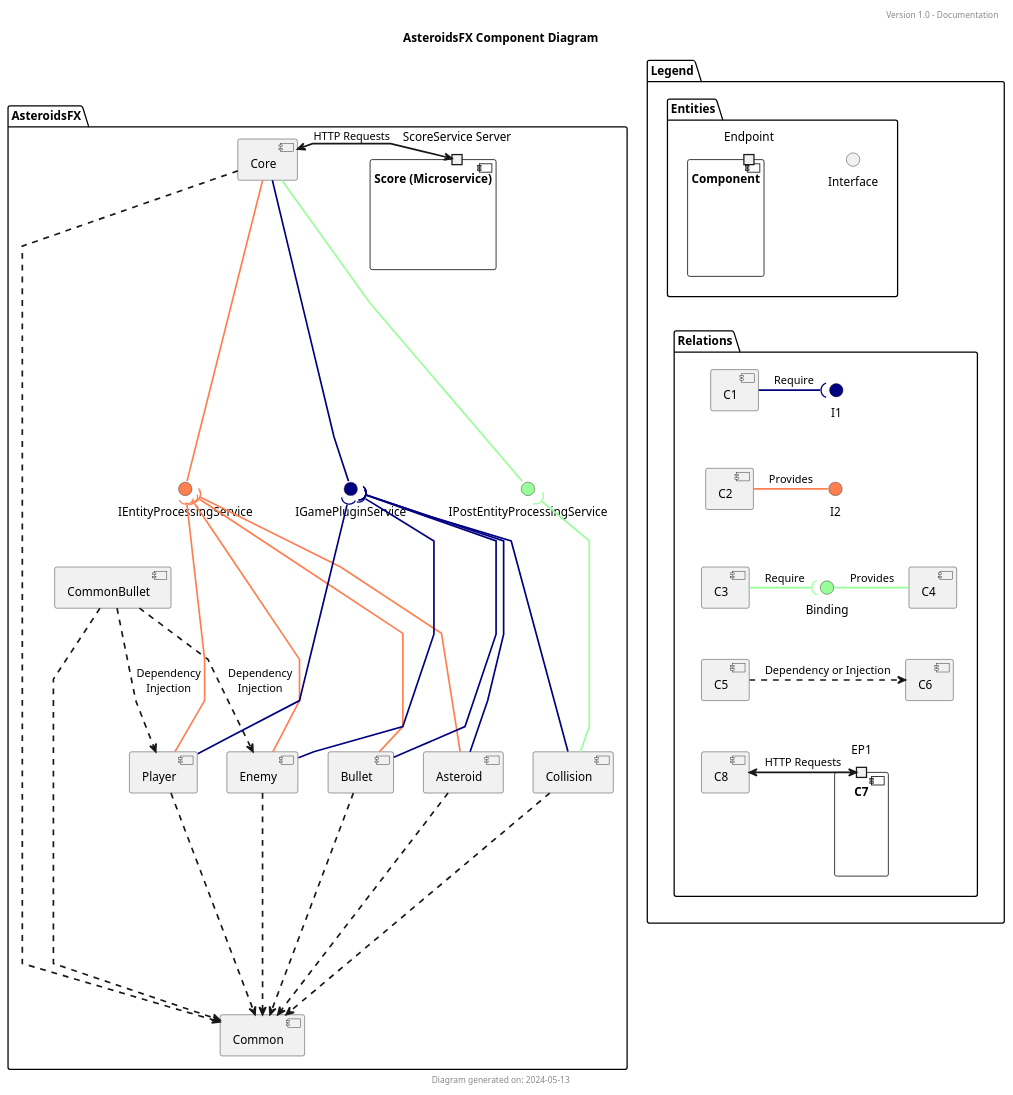
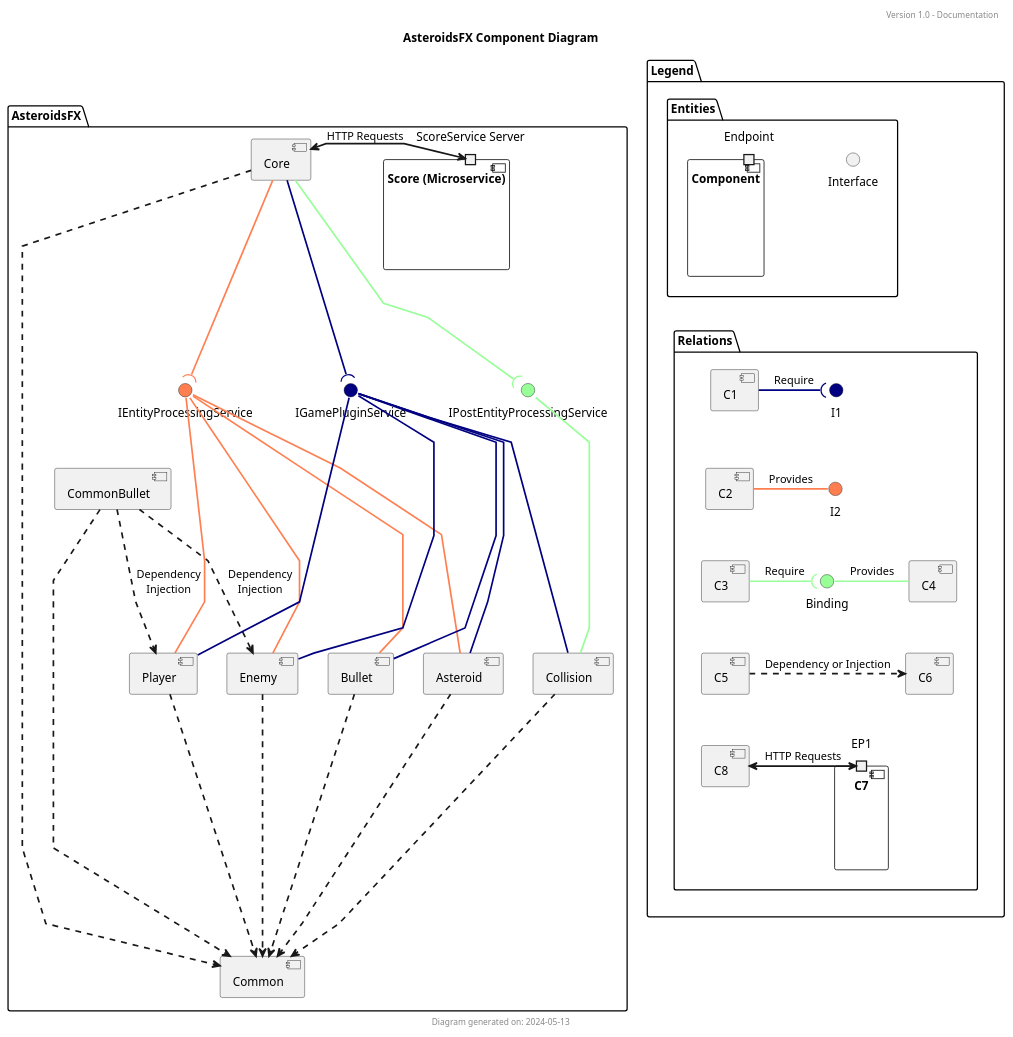
One commit to XBetaHunterX/AsteroidsFX changed the diagram in Diagrams/Component Diagrams/AsteroidsFX Component Diagram.puml. Above: the diagram before and after it, drawn with PlantUML. The commit also changed 1 other file, not shown here.

```diff
--- a/Diagrams/Component Diagrams/AsteroidsFX Component Diagram.puml
+++ b/Diagrams/Component Diagrams/AsteroidsFX Component Diagram.puml
@@ -1,113 +1,113 @@
 @startuml
 title AsteroidsFX Component Diagram
 header Version 1.0 - Documentation
 footer Diagram generated on: 2024-05-13
 
 skinparam linetype polyline
 skinparam arrowthickness 2
 
 package "AsteroidsFX" {
     ' Modules:
     [Core]
 
     [Asteroid]
     [Bullet]
     [Collision]
     [Enemy]
     [Player]
 
     component "Score (Microservice)" {
       portin "ScoreService Server"
     }
 
     [CommonBullet]
     [Common]
 
     ' Interfaces:
     interface IGamePluginService #000080
     interface IEntityProcessingService #FF7F50
     interface IPostEntityProcessingService #98FF98
 
     ' Relations:
-    [Core] --down-- IGamePluginService #000080
-    [Core] --down-- IEntityProcessingService #FF7F50
-    [Core] --down-- IPostEntityProcessingService #98FF98
+    [Core] --down-( IGamePluginService #000080
+    [Core] --down-( IEntityProcessingService #FF7F50
+    [Core] --down-( IPostEntityProcessingService #98FF98
     [Core] ..down..> [Common]
 
     ' Asteroid:
-    [Asteroid] --up--( IGamePluginService #000080
-    [Asteroid] --up--( IEntityProcessingService #FF7F50
+    [Asteroid] --up-- IGamePluginService #000080
+    [Asteroid] --up-- IEntityProcessingService #FF7F50
     [Asteroid] ..down..> [Common]
 
     ' Bullet:
-    [Bullet] --up--( IGamePluginService #000080
-    [Bullet] --up--( IEntityProcessingService #FF7F50
+    [Bullet] --up-- IGamePluginService #000080
+    [Bullet] --up-- IEntityProcessingService #FF7F50
     [Bullet] ..down..> [Common]
 
     ' Enemy:
-    [Enemy] --up--( IGamePluginService #000080
-    [Enemy] --up--( IEntityProcessingService #FF7F50
+    [Enemy] --up-- IGamePluginService #000080
+    [Enemy] --up-- IEntityProcessingService #FF7F50
     [Enemy] ..down..> [Common]
     [CommonBullet] ...> [Enemy] : "Dependency\nInjection"
 
     ' Player:
-    [Player] --up--( IGamePluginService #000080
-    [Player] --up--( IEntityProcessingService #FF7F50
+    [Player] --up-- IGamePluginService #000080
+    [Player] --up-- IEntityProcessingService #FF7F50
     [Player] ..down..> [Common]
     [CommonBullet] ...> [Player] : "Dependency\nInjection"
 
     ' Collision:
-    [Collision] --up--( IGamePluginService #000080
-    [Collision] --up--( IPostEntityProcessingService #98FF98
+    [Collision] --up-- IGamePluginService #000080
+    [Collision] --up-- IPostEntityProcessingService #98FF98
     [Collision] ..down..> [Common]
 
     ' CommonBullet
     [CommonBullet] ..down..> [Common]
 
     ' Score:
     "ScoreService Server" <-left-> [Core] : HTTP Requests
 }
 
 package Legend {
     package Entities {
         component "Component" {
             portin Endpoint
         }
         () Interface
     }
 
     package Relations {
         [C1]
         () I1 #000080
         [C1] -right-( I1 #000080 : Require
         [C1] -[hidden]down- [C2]
 
         [C2]
         () I2 #FF7F50
         [C2] -right- I2 #FF7F50 : Provides
         [C2] -[hidden]down- [C3]
 
         [C3]
         () Binding #98FF98
         [C4]
         [C3] -right( Binding #98FF98 : Require
-        Binding -right- [C4]  #98FF98 : Provides 
+        Binding -right- [C4]  #98FF98 : Provides
         [C3] -[hidden]down- [C5]
 
         [C5]
         [C6]
         [C5] .right.> [C6] : Dependency or Injection
         [C5] -[hidden]down- [C8]
 
         component "C7" {
             portin EP1
         }
         [C8]
         EP1 <--[hidden]left--> [C8]
         EP1 <--left--> [C8] : HTTP Requests
     }
 
     Interface -[hidden]down-> Relations
     "Component" -[hidden]down-> Relations
 }
 @enduml
```
